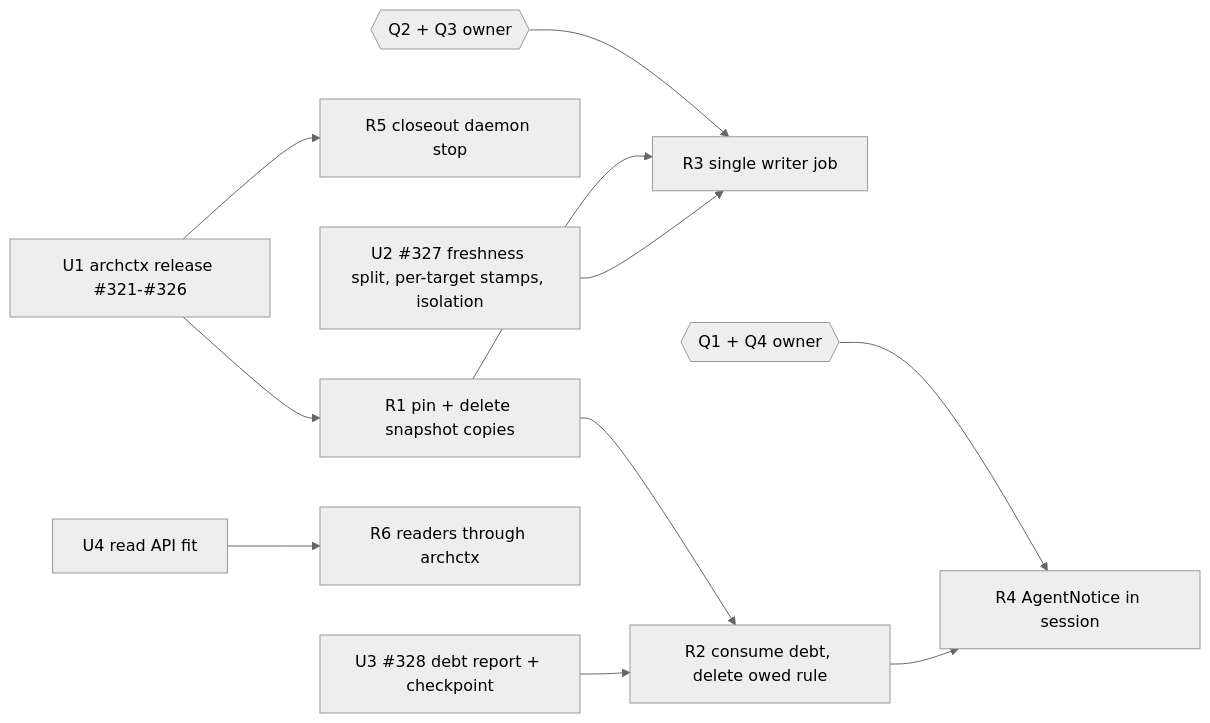
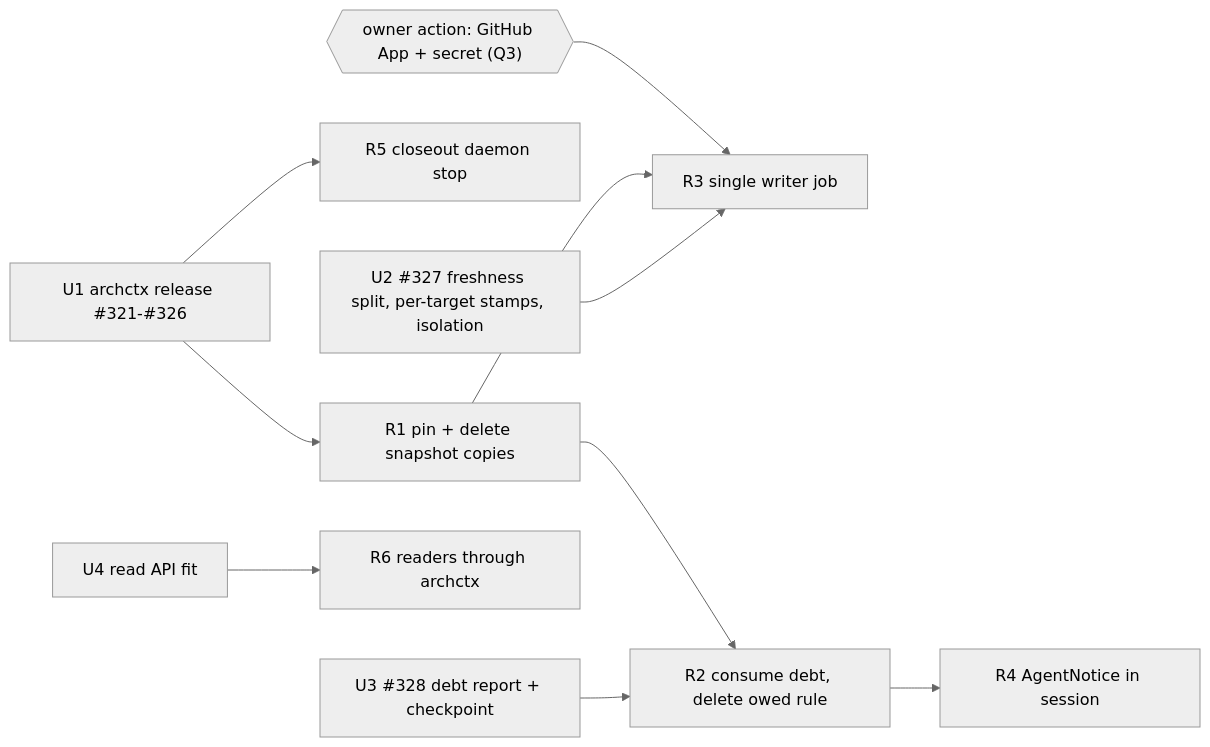
One commit to Ancienttwo/repo-harness changed the diagram in plans/plan-20261014-0209-architecture-debt-loop-690.md. Above: the diagram before and after it, drawn with Mermaid (neutral theme). The commit also changed other lines of this file, not shown here.

First line of the commit message:
docs(plan): record the owner decisions for #690

````diff
--- a/plans/plan-20261014-0209-architecture-debt-loop-690.md
+++ b/plans/plan-20261014-0209-architecture-debt-loop-690.md
@@ -358,13 +358,12 @@
 ```mermaid
 graph LR
   U1["U1 archctx release #321-#326"] --> R1["R1 pin + delete snapshot copies"]
   U1 --> R5["R5 closeout daemon stop"]
   U2["U2 #327 freshness split, per-target stamps, isolation"] --> R3["R3 single writer job"]
   U3["U3 #328 debt report + checkpoint"] --> R2["R2 consume debt, delete owed rule"]
   R1 --> R2
   R1 --> R3
   R2 --> R4["R4 AgentNotice in session"]
   U4["U4 read API fit"] --> R6["R6 readers through archctx"]
-  Q2Q3{{"Q2 + Q3 owner"}} --> R3
-  Q1Q4{{"Q1 + Q4 owner"}} --> R4
+  APP{{"owner action: GitHub App + secret (Q3)"}} --> R3
 ```
````
